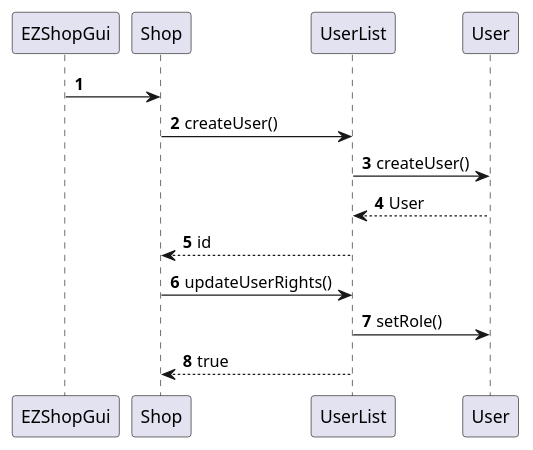
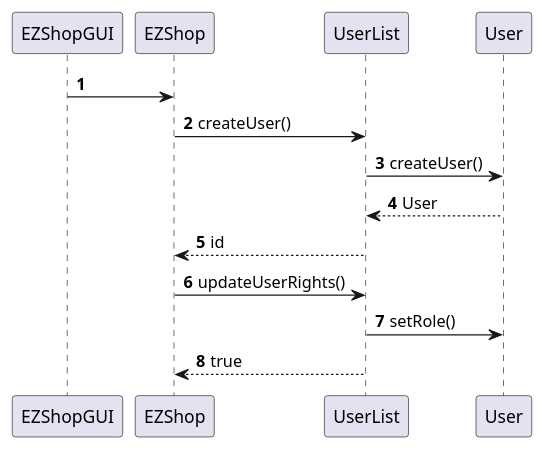
Before and after one commit to mkexc/ezshop: the fifth of 22 diagrams in Deliverables/DesignDocument.md, drawn with PlantUML. The commit also changed other lines of this file, not shown here.

````diff
--- a/Deliverables/DesignDocument.md
+++ b/Deliverables/DesignDocument.md
@@ -368,13 +265,13 @@
 ```plantuml
 @startuml
 autonumber
-EZShopGui -> Shop 
-Shop -> UserList : createUser()
+EZShopGUI -> EZShop 
+EZShop -> UserList : createUser()
 UserList -> User : createUser()
 UserList <-- User : User
-Shop <-- UserList : id
-Shop -> UserList : updateUserRights()
+EZShop <-- UserList : id
+EZShop -> UserList : updateUserRights()
 UserList -> User : setRole()
-Shop <-- UserList : true
+EZShop <-- UserList : true
 @enduml
 ```
````
